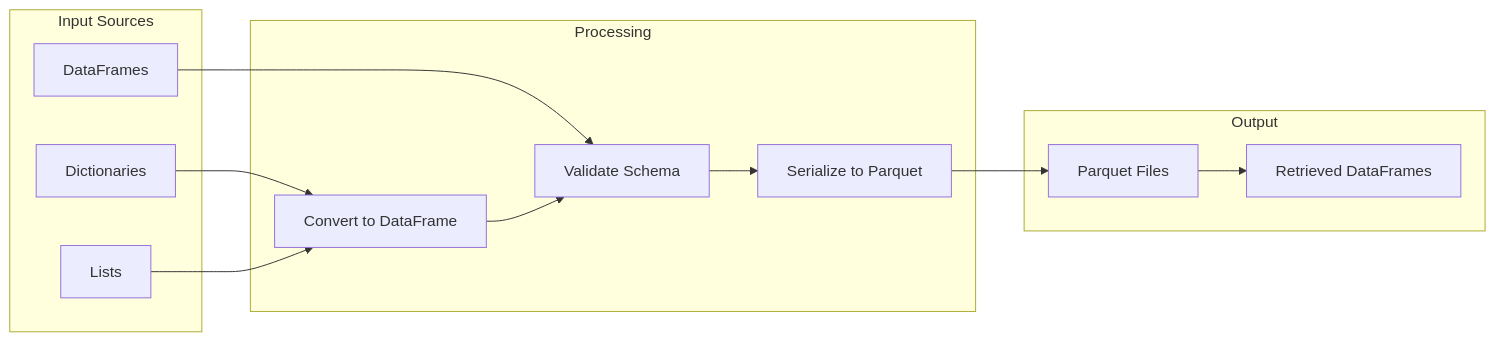
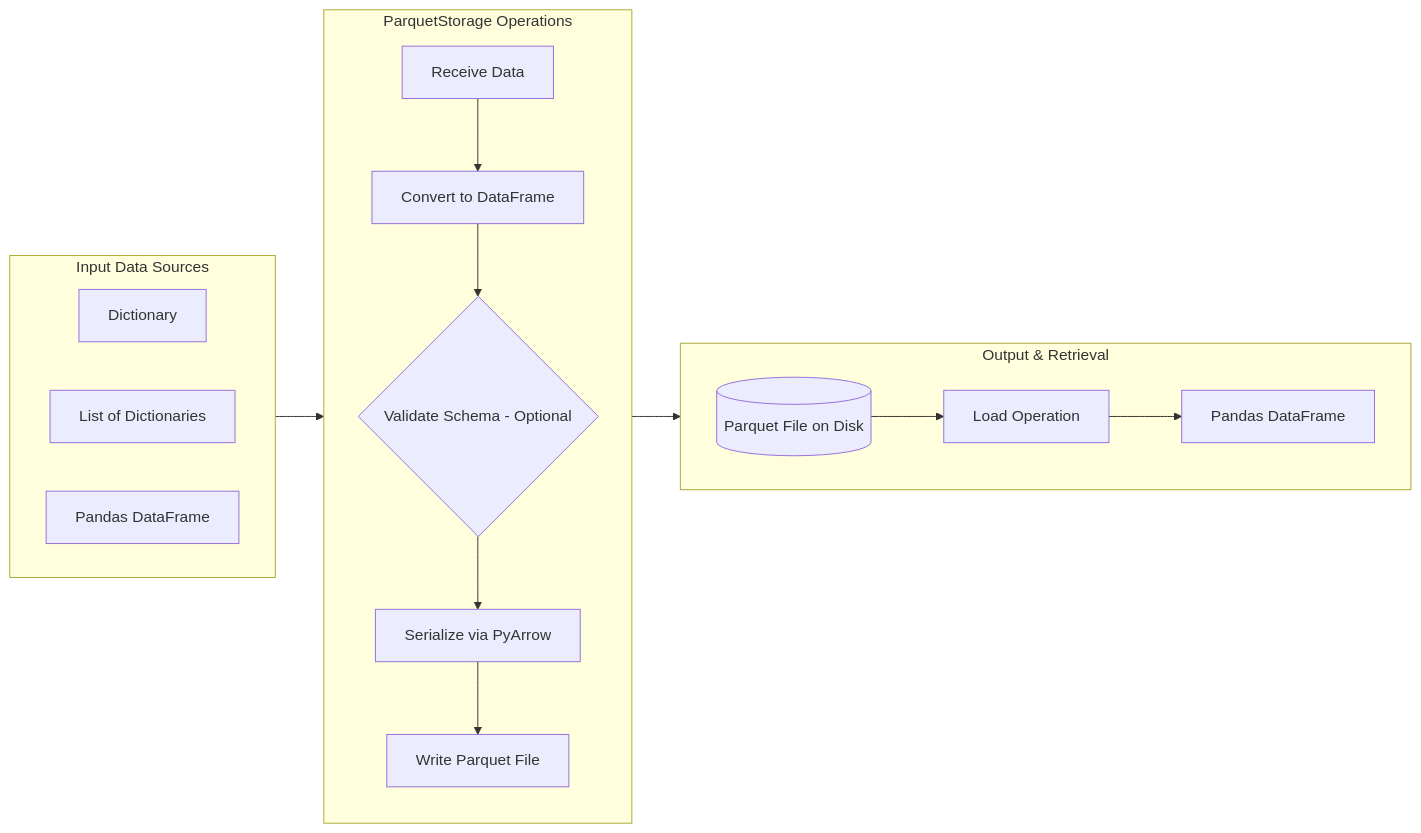
Before and after one commit to Ollama-Agent-Roll-Cage/oarc-crawlers: the second of 25 diagrams in docs/Crawlers.md, drawn with Mermaid. The commit also changed other lines of this file and 9 other files, not shown here.

````diff
--- a/docs/Crawlers.md
+++ b/docs/Crawlers.md
@@ -73,27 +82,26 @@
 ```mermaid
-flowchart LR
-    subgraph Input [Input Sources]
-        D[Dictionaries]
-        L[Lists]
-        DF[DataFrames]
+graph LR
+    subgraph InputSources [Input Data Sources]
+        direction LR
+        InputDict[Dictionary]
+        InputList[List of Dictionaries]
+        InputDF[Pandas DataFrame]
     end
-    
-    subgraph Process [Processing]
-        C[Convert to DataFrame]
-        V[Validate Schema]
-        S[Serialize to Parquet]
+
+    subgraph ParquetStorageProcess [ParquetStorage Operations]
+        direction TB
+        A[Receive Data] --> B[Convert to DataFrame]
+        B --> C{Validate Schema - Optional}
+        C --> D[Serialize via PyArrow]
+        D --> E[Write Parquet File]
     end
-    
-    subgraph Output [Output]
-        PF[Parquet Files]
-        RDF[Retrieved DataFrames]
+
+    subgraph OutputData [Output & Retrieval]
+        direction LR
+        ParquetFile[(Parquet File on Disk)] --> LoadOp[Load Operation]
+        LoadOp --> OutputDF[Pandas DataFrame]
     end
-    
-    D --> C
-    L --> C
-    DF --> V
-    C --> V
-    V --> S
-    S --> PF
-    PF --> RDF
+
+    InputSources --> A
+    E --> ParquetFile
 ```
````
